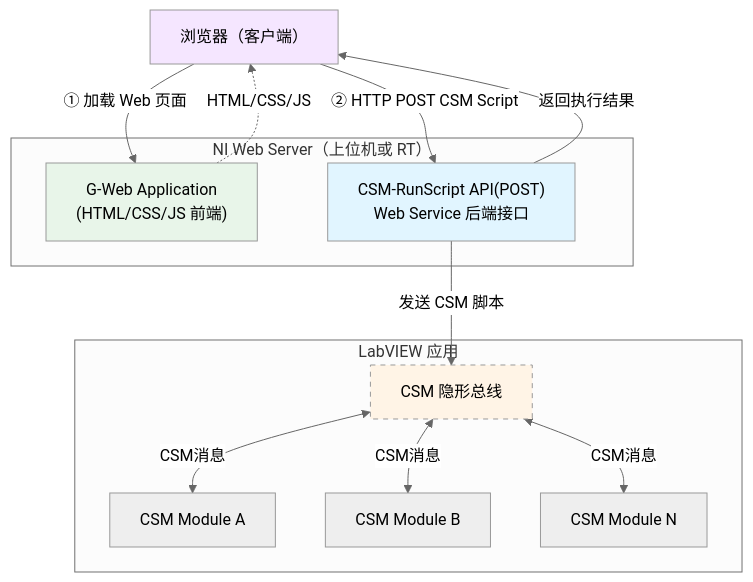
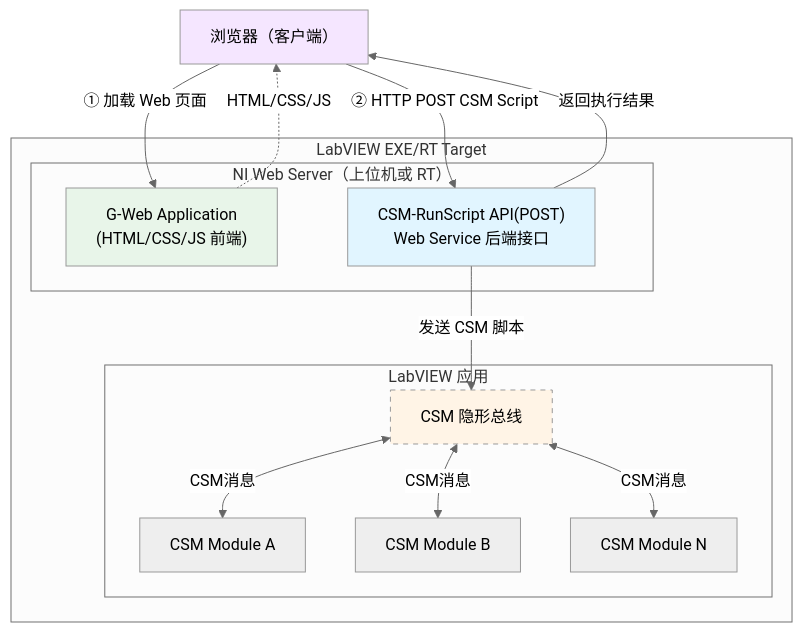
The first of 4 diagrams in docs/examples/csm-gweb-development.md (NEVSTOP-LAB/CSM-Wiki), drawn with Mermaid (neutral theme) before and after one commit. The commit also changed other lines of this file, not shown here.

Commit message:
更新 G-Web 应用开发文档，优化描述并增强可读性

````diff
--- a/docs/examples/csm-gweb-development.md
+++ b/docs/examples/csm-gweb-development.md
@@ -43,30 +46,32 @@
 ```mermaid
 graph TB
     Browser["浏览器（客户端）"]
 
-    subgraph "NI Web Server（上位机或 RT）"
-        GW["G-Web Application<br/>(HTML/CSS/JS 前端)"]
-        RS["CSM-RunScript API(POST)<br/>Web Service 后端接口"]
-    end
+    subgraph LabVIEW EXE/RT Target
+        subgraph "NI Web Server（上位机或 RT）"
+            GW["G-Web Application<br/>(HTML/CSS/JS 前端)"]
+            RS["CSM-RunScript API(POST)<br/>Web Service 后端接口"]
+        end
 
-    subgraph "LabVIEW 应用"
-        Bus[CSM 隐形总线]
-        M1[CSM Module A]
-        M2[CSM Module B]
-        MN[CSM Module N]
+        subgraph "LabVIEW 应用"
+            Bus[CSM 隐形总线]
+            M1[CSM Module A]
+            M2[CSM Module B]
+            MN[CSM Module N]
+        end
     end
 
     Browser -->|"① 加载 Web 页面"| GW
     GW -.->|"HTML/CSS/JS"| Browser
     Browser -->|"② HTTP POST CSM Script"| RS
     RS -->|发送 CSM 脚本| Bus
     Bus <-->|CSM消息| M1
     Bus <-->|CSM消息| M2
     Bus <-->|CSM消息| MN
     RS -->|返回执行结果| Browser
 
     style RS fill:#e1f5ff
     style Bus fill:#fff4e6,stroke-dasharray:5 5
     style GW fill:#e8f5e9
     style Browser fill:#f5e6ff
 ```
````
